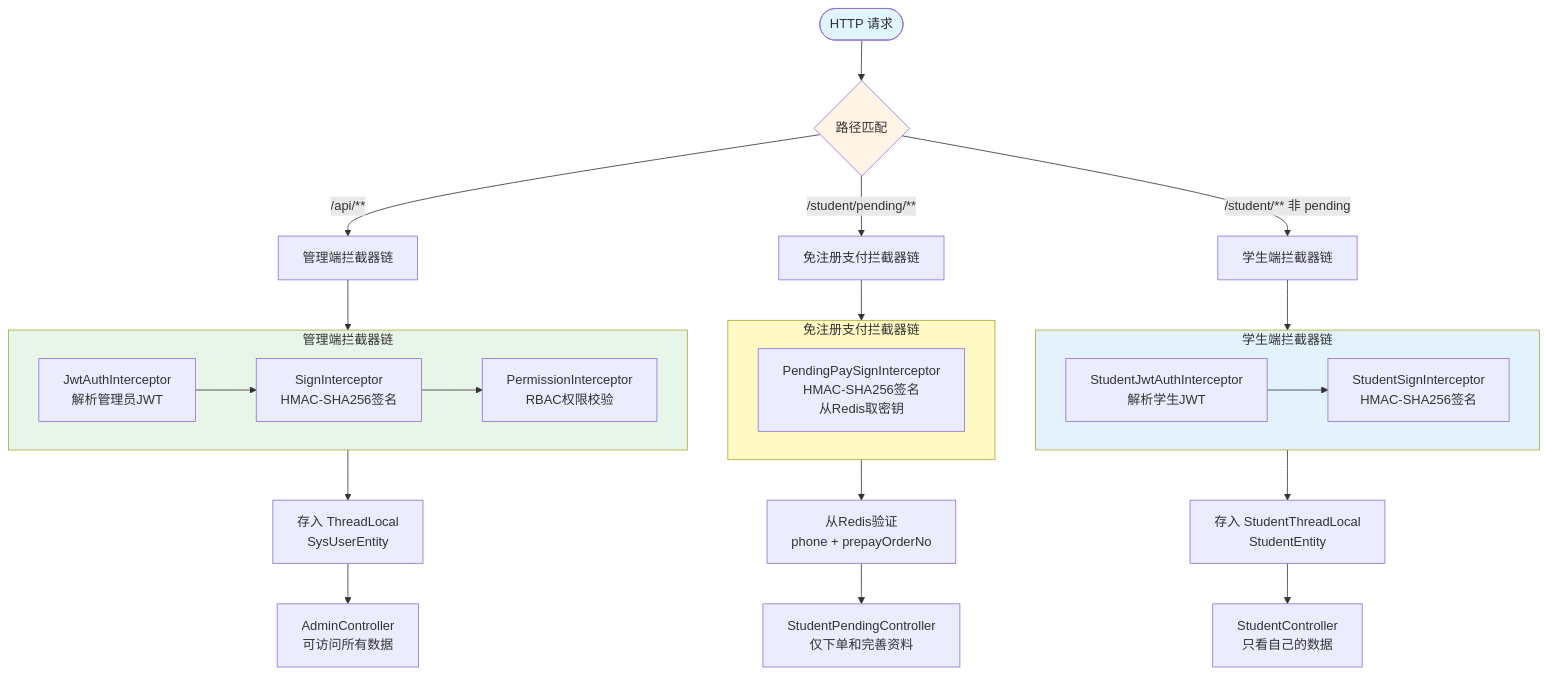
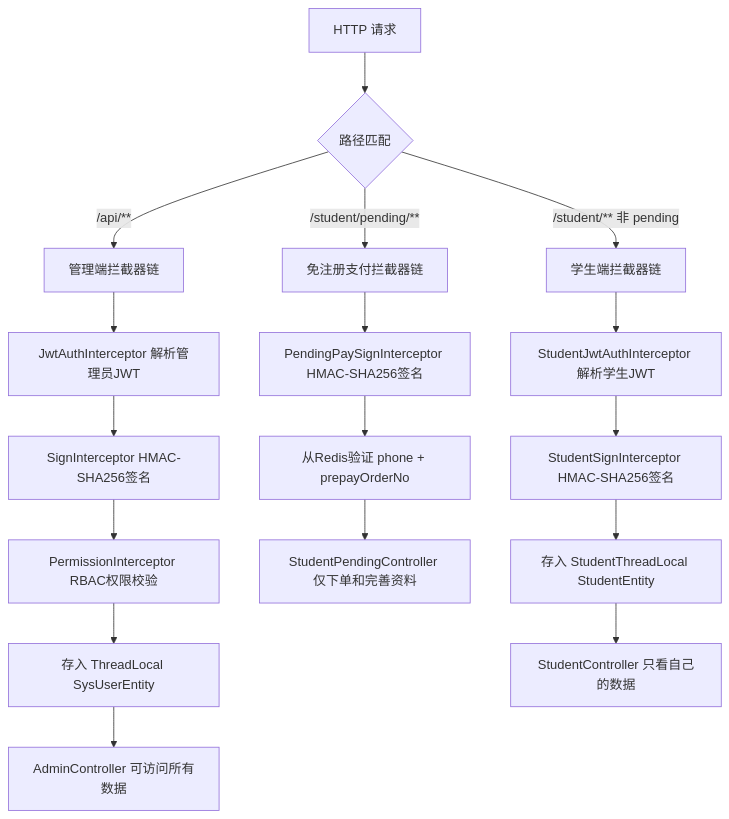
Diagram 33 of 59 in docs/tutorial.md (Smithhss/YanQue-Admin), drawn with Mermaid before and after one commit. The commit also changed other lines of this file and 41 other files, not shown here.

First line of the commit message:
docs: 优化教程流程图兼容性，补充业务层注释

````diff
--- a/docs/tutorial.md
+++ b/docs/tutorial.md
@@ -6054,42 +6059,23 @@
 ```mermaid
-flowchart TB
-    Request([HTTP 请求]) --> Router{路径匹配}
+graph TB
+    A[HTTP 请求] --> B{路径匹配}
     
-    Router -->|/api/**| Chain1[管理端拦截器链]
-    Router -->|/student/pending/**| Chain2[免注册支付拦截器链]
-    Router -->|/student/** 非 pending| Chain3[学生端拦截器链]
+    B -->|/api/**| C[管理端拦截器链]
+    B -->|/student/pending/**| D[免注册支付拦截器链]
+    B -->|/student/** 非 pending| E[学生端拦截器链]
     
-    subgraph AdminChain [管理端拦截器链]
-        direction LR
-        A1[JwtAuthInterceptor<br/>解析管理员JWT] --> A2[SignInterceptor<br/>HMAC-SHA256签名]
-        A2 --> A3[PermissionInterceptor<br/>RBAC权限校验]
-    end
+    C --> C1[JwtAuthInterceptor 解析管理员JWT]
+    C1 --> C2[SignInterceptor HMAC-SHA256签名]
+    C2 --> C3[PermissionInterceptor RBAC权限校验]
+    C3 --> C4[存入 ThreadLocal SysUserEntity]
+    C4 --> C5[AdminController 可访问所有数据]
     
-    subgraph PendingChain [免注册支付拦截器链]
-        direction LR
-        P1[PendingPaySignInterceptor<br/>HMAC-SHA256签名<br/>从Redis取密钥]
-    end
+    D --> D1[PendingPaySignInterceptor HMAC-SHA256签名]
+    D1 --> D2[从Redis验证 phone + prepayOrderNo]
+    D2 --> D3[StudentPendingController 仅下单和完善资料]
     
-    subgraph StudentChain [学生端拦截器链]
-        direction LR
-        S1[StudentJwtAuthInterceptor<br/>解析学生JWT] --> S2[StudentSignInterceptor<br/>HMAC-SHA256签名]
-    end
-    
-    Chain1 --> AdminChain
-    Chain2 --> PendingChain
-    Chain3 --> StudentChain
-    
-    AdminChain --> AResult[存入 ThreadLocal<br/>SysUserEntity]
-    PendingChain --> PResult[从Redis验证<br/>phone + prepayOrderNo]
-    StudentChain --> SResult[存入 StudentThreadLocal<br/>StudentEntity]
-    
-    AResult --> ACtrl[AdminController<br/>可访问所有数据]
-    PResult --> PCtrl[StudentPendingController<br/>仅下单和完善资料]
-    SResult --> SCtrl[StudentController<br/>只看自己的数据]
-    
-    style Request fill:#e1f5ff
-    style Router fill:#fff4e6
-    style AdminChain fill:#e8f5e9
-    style PendingChain fill:#fff9c4
-    style StudentChain fill:#e3f2fd
+    E --> E1[StudentJwtAuthInterceptor 解析学生JWT]
+    E1 --> E2[StudentSignInterceptor HMAC-SHA256签名]
+    E2 --> E3[存入 StudentThreadLocal StudentEntity]
+    E3 --> E4[StudentController 只看自己的数据]
 ```
````
